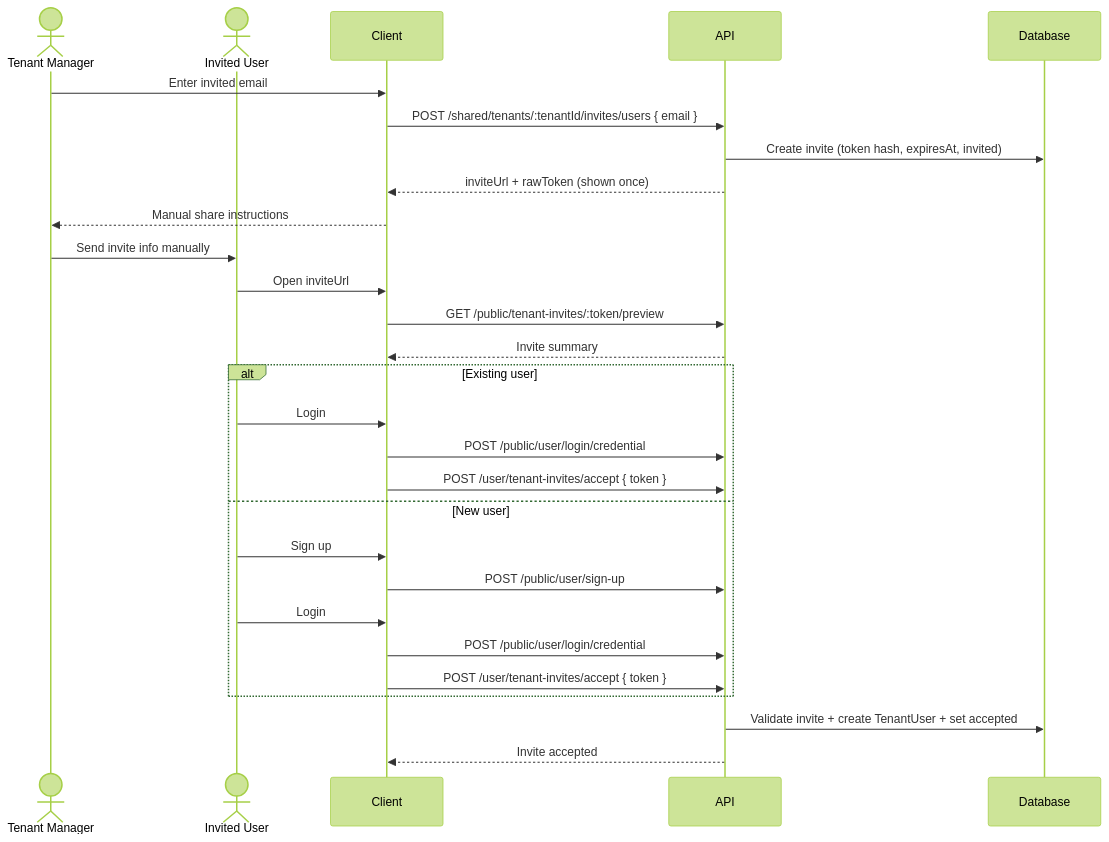
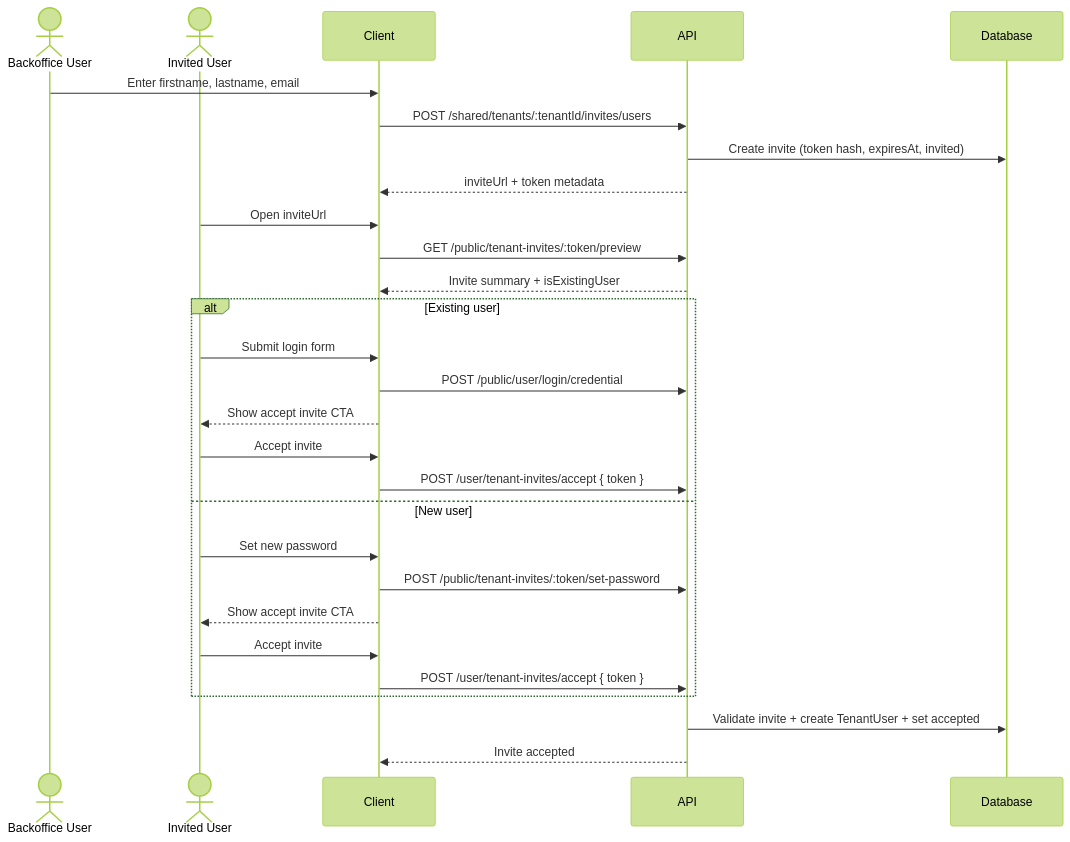
The diagram in docs/ideas/tenant/tenant-invite-user.md (Gzerox/ack-nestjs-boilerplate), drawn with Mermaid (forest theme) before and after one commit. The commit also changed other lines of this file and 8 other files, not shown here.

````diff
--- a/docs/ideas/tenant/tenant-invite-user.md
+++ b/docs/ideas/tenant/tenant-invite-user.md
@@ -48,34 +53,34 @@
 ```mermaid
 sequenceDiagram
-    actor M as Tenant Manager
+    actor B as Backoffice User
     actor I as Invited User
     participant C as Client
     participant API as API
     participant DB as Database
 
-    M->>C: Enter invited email
-    C->>API: POST /shared/tenants/:tenantId/invites/users { email }
+    B->>C: Enter firstname, lastname, email
+    C->>API: POST /shared/tenants/:tenantId/invites/users
     API->>DB: Create invite (token hash, expiresAt, invited)
-    API-->>C: inviteUrl + rawToken (shown once)
-    C-->>M: Manual share instructions
-    M->>I: Send invite info manually
+    API-->>C: inviteUrl + token metadata
 
     I->>C: Open inviteUrl
     C->>API: GET /public/tenant-invites/:token/preview
-    API-->>C: Invite summary
+    API-->>C: Invite summary + isExistingUser
 
     alt Existing user
-        I->>C: Login
+        I->>C: Submit login form
         C->>API: POST /public/user/login/credential
+        C-->>I: Show accept invite CTA
+        I->>C: Accept invite
         C->>API: POST /user/tenant-invites/accept { token }
     else New user
-        I->>C: Sign up
-        C->>API: POST /public/user/sign-up
-        I->>C: Login
-        C->>API: POST /public/user/login/credential
+        I->>C: Set new password
+        C->>API: POST /public/tenant-invites/:token/set-password
+        C-->>I: Show accept invite CTA
+        I->>C: Accept invite
         C->>API: POST /user/tenant-invites/accept { token }
     end
 
     API->>DB: Validate invite + create TenantUser + set accepted
     API-->>C: Invite accepted
 ```
````
